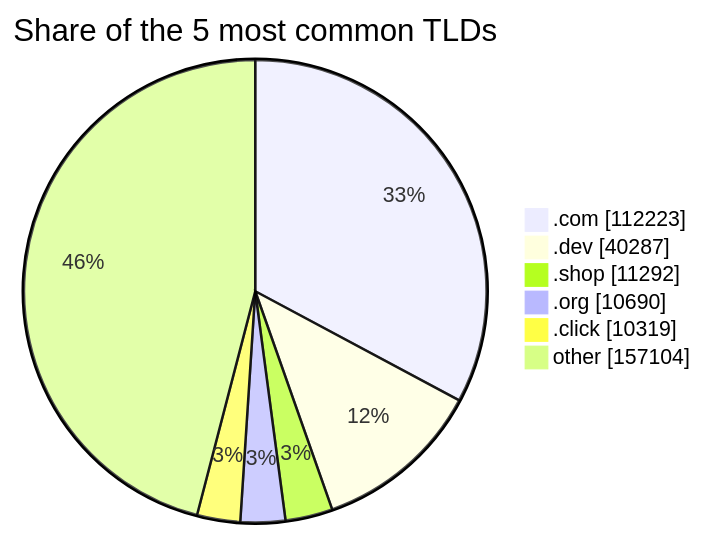
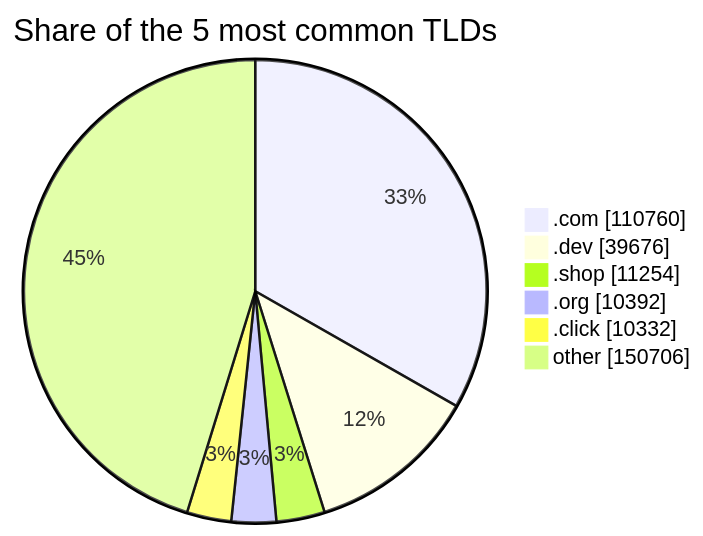
Before and after one commit to DNSBunker/CTI: the third of 3 diagrams in README.md, drawn with Mermaid. The commit also changed other lines of this file and 3 other files, not shown here.

````diff
--- a/README.md
+++ b/README.md
@@ -81,9 +81,9 @@
 ```mermaid
 pie showData title Share of the 5 most common TLDs
-    ".com" : 112223
-    ".dev" : 40287
-    ".shop" : 11292
-    ".org" : 10690
-    ".click" : 10319
-    "other" : 157104
+    ".com" : 110760
+    ".dev" : 39676
+    ".shop" : 11254
+    ".org" : 10392
+    ".click" : 10332
+    "other" : 150706
 ```
````
